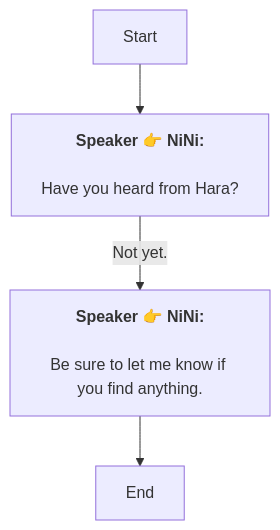
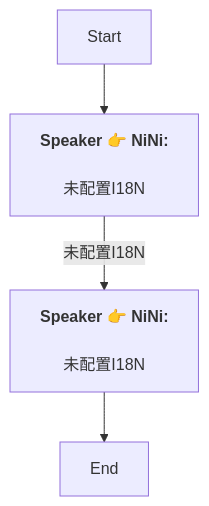
One commit to SoftHu/tos_avg changed the diagram in En/QuestTalkObjectiveNode_1766056583163634.md. Above: the diagram before and after it, drawn with Mermaid. The commit also changed 780 other files, not shown here.

````diff
--- a/En/QuestTalkObjectiveNode_1766056583163634.md
+++ b/En/QuestTalkObjectiveNode_1766056583163634.md
@@ -1,9 +1,9 @@
 ```mermaid
 graph
 Start -->1766056673781493[<b>Speaker 👉 NiNi:</b>
-\nHave you heard from Hara?]
-1766056673781493 -->|Not yet.|1766056740157179[<b>Speaker 👉 NiNi:</b>
-\nBe sure to let me know if you find anything.]
+\n未配置I18N]
+1766056673781493 -->|未配置I18N|1766056740157179[<b>Speaker 👉 NiNi:</b>
+\n未配置I18N]
 1766056740157179 -->1766056844185340[End]
 
 ```
````
